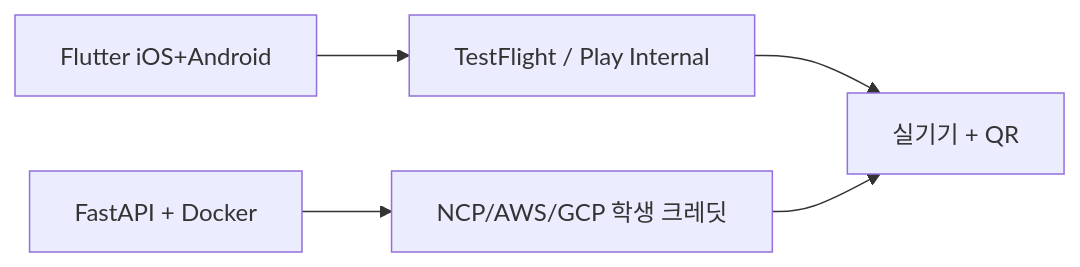
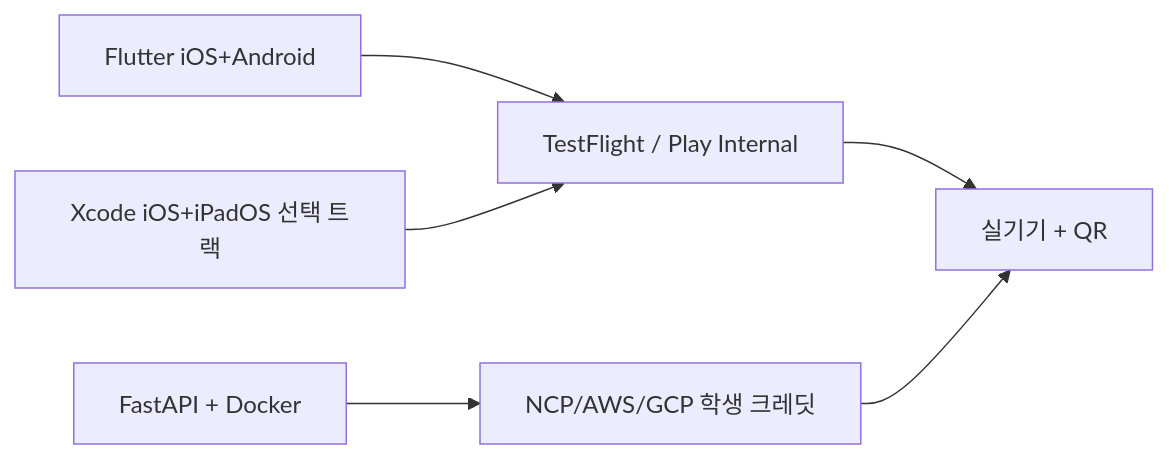
Diagram 12 of 12 in 03_lemon_healthcare/yeong-Vision-Nutrition/PROJECT_GUIDE.md (Lemon-Aid-KDT/Lemon-sin), drawn with Mermaid before and after one commit. The commit also changed other lines of this file and 161 other files, not shown here.

````diff
--- a/03_lemon_healthcare/yeong-Vision-Nutrition/PROJECT_GUIDE.md
+++ b/03_lemon_healthcare/yeong-Vision-Nutrition/PROJECT_GUIDE.md
@@ -2293,7 +2453,8 @@
 ```mermaid
 flowchart LR
     M[Flutter iOS+Android] --> TF[TestFlight / Play Internal]
+    N[Xcode iOS+iPadOS 선택 트랙] --> TF
     B[FastAPI + Docker] --> CL[NCP/AWS/GCP 학생 크레딧]
     TF --> D[실기기 + QR]
     CL --> D
 ```
````
